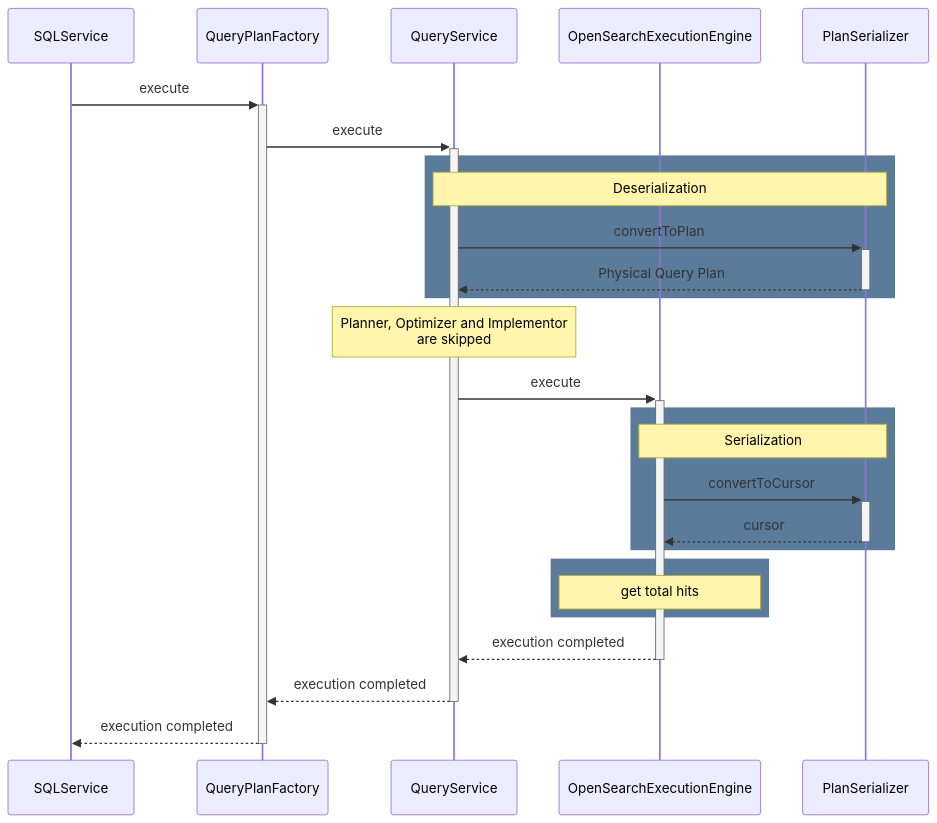
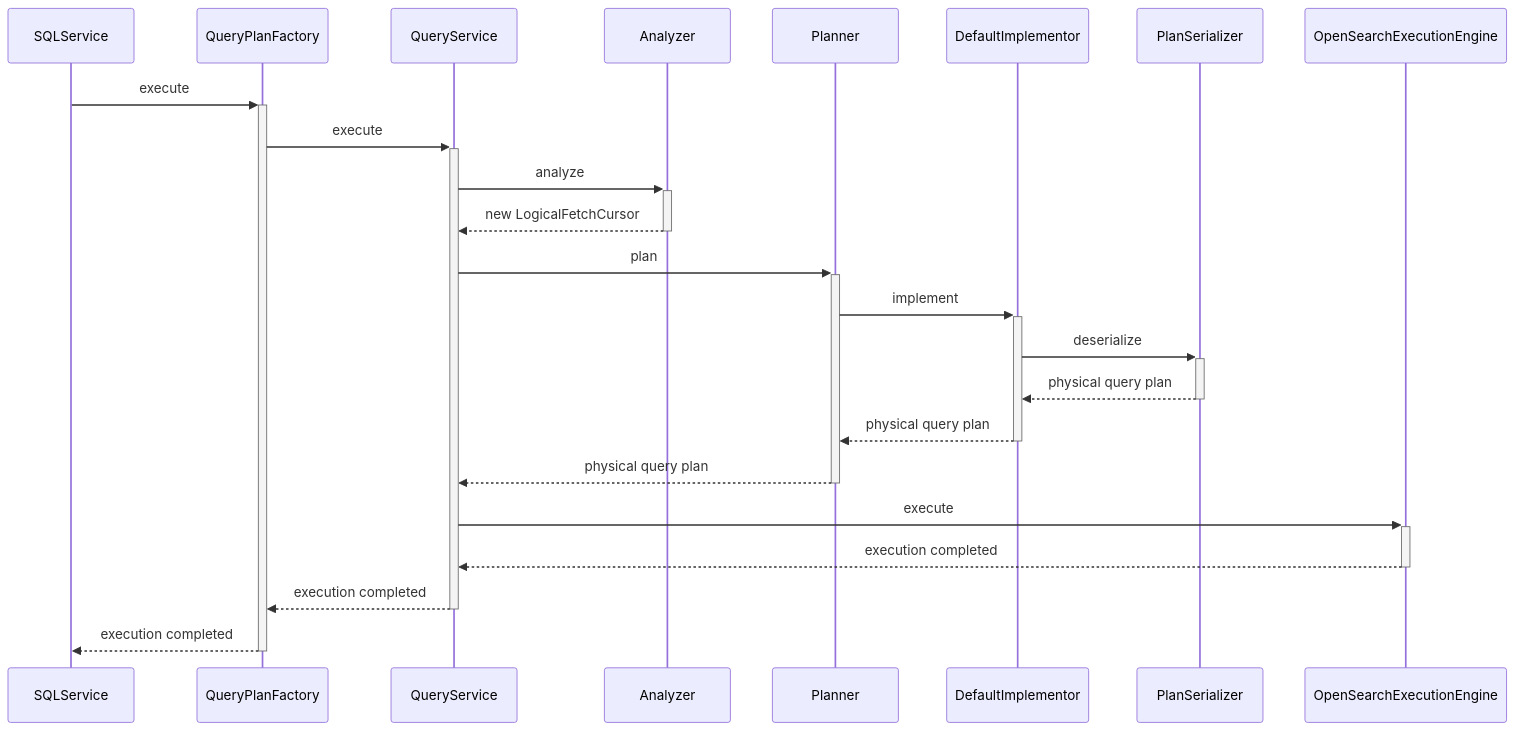
Before and after one commit to opensearch-project/sql: diagram 13 of 18 in docs/dev/Pagination-v2.md, drawn with Mermaid. The commit also changed other lines of this file and 80 other files, not shown here.

Commit message:
Merge OpenSearchPagedIndexScan and OpenSearchIndexScan (#1600)

````diff
--- a/docs/dev/Pagination-v2.md
+++ b/docs/dev/Pagination-v2.md
@@ -501,29 +501,18 @@
 ```mermaid
 sequenceDiagram
-    participant SQLService
-    participant QueryPlanFactory
-    participant QueryService
-    participant OpenSearchExecutionEngine
-    participant PlanSerializer
 
 SQLService ->>+ QueryPlanFactory : execute
   QueryPlanFactory ->>+ QueryService : execute
-    rect rgb(91, 123, 155)
-    note over QueryService, PlanSerializer : Deserialization
-    QueryService ->>+ PlanSerializer: convertToPlan
-      PlanSerializer -->>- QueryService: Physical Query Plan
-    end
-    Note over QueryService : Planner, Optimizer and Implementor<br />are skipped
-    QueryService ->>+ OpenSearchExecutionEngine : execute
-      rect rgb(91, 123, 155)
-      note over OpenSearchExecutionEngine, PlanSerializer : Serialization
-      OpenSearchExecutionEngine ->>+ PlanSerializer : convertToCursor
-        PlanSerializer -->>- OpenSearchExecutionEngine : cursor
-      end
-      rect rgb(91, 123, 155)
-      Note over OpenSearchExecutionEngine : get total hits
-      end
-      OpenSearchExecutionEngine -->>- QueryService: execution completed
-    QueryService -->>- QueryPlanFactory : execution completed
+  QueryService ->>+ Analyzer : analyze
+  Analyzer -->>- QueryService : new LogicalFetchCursor
+  QueryService ->>+ Planner : plan
+  Planner ->>+ DefaultImplementor : implement
+  DefaultImplementor ->>+ PlanSerializer : deserialize
+  PlanSerializer -->>- DefaultImplementor: physical query plan
+  DefaultImplementor -->>- Planner : physical query plan
+  Planner -->>- QueryService : physical query plan
+  QueryService ->>+ OpenSearchExecutionEngine : execute
+  OpenSearchExecutionEngine -->>- QueryService: execution completed
+  QueryService -->>- QueryPlanFactory : execution completed
   QueryPlanFactory -->>- SQLService : execution completed
 ```
````
